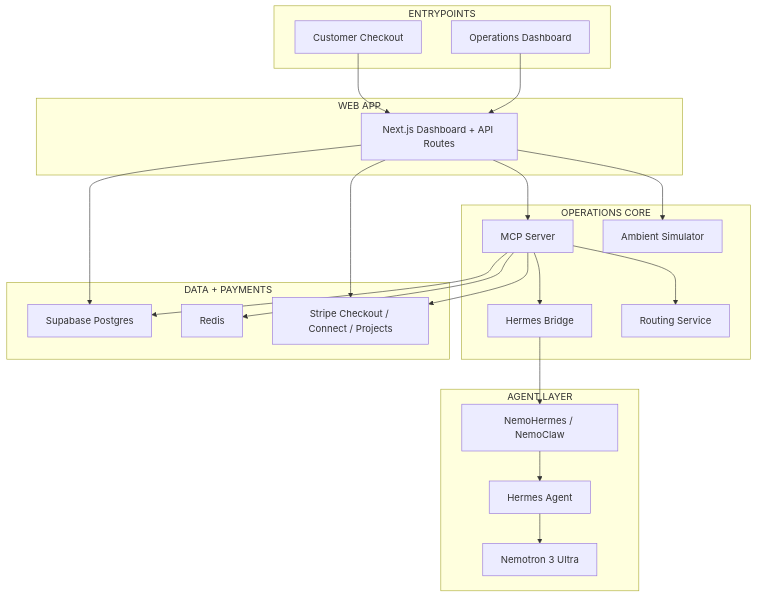
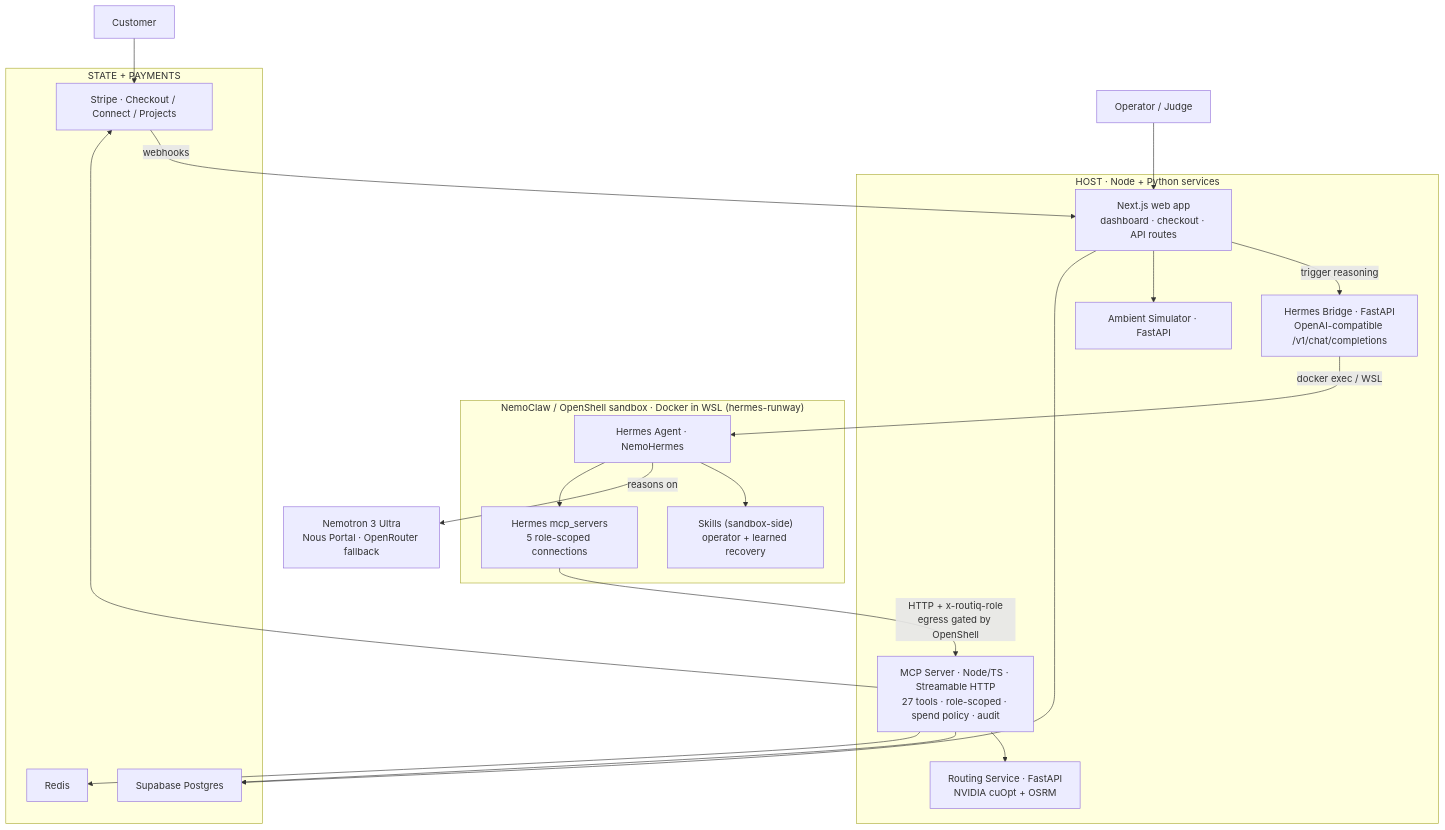
One commit to Snehal707/HermesRoutiq changed the diagram in README.md. Above: the diagram before and after it, drawn with Mermaid. The commit also changed other lines of this file and 1 other file, not shown here.

Commit message:
docs: correct architecture — Hermes inside NemoClaw sandbox with outbound role-scoped MCP
Fixes diagrams to show the agent running inside the NemoClaw/OpenShell sandbox, reasoning on Nemotron 3 Ultra, and reaching the MCP server outbound via 5 role-scoped x-routiq-role connections (monitoring 3, routing 7, finance 4, operations 11, payment 2).

````diff
--- a/README.md
+++ b/README.md
@@ -73,48 +73,46 @@
 ```mermaid
 flowchart TB
-  subgraph users["ENTRYPOINTS"]
-    customer["Customer Checkout"]
-    operator["Operations Dashboard"]
+  customer["Customer"]
+  operator["Operator / Judge"]
+
+  subgraph host["HOST · Node + Python services"]
+    web["Next.js web app<br/>dashboard · checkout · API routes"]
+    bridge["Hermes Bridge · FastAPI<br/>OpenAI-compatible /v1/chat/completions"]
+    mcp["MCP Server · Node/TS · Streamable HTTP<br/>27 tools · role-scoped · spend policy · audit"]
+    route["Routing Service · FastAPI<br/>NVIDIA cuOpt + OSRM"]
+    sim["Ambient Simulator · FastAPI"]
   end
 
-  subgraph web["WEB APP"]
-    next["Next.js Dashboard + API Routes"]
+  subgraph sandbox["NemoClaw / OpenShell sandbox · Docker in WSL (hermes-runway)"]
+    hermes["Hermes Agent · NemoHermes"]
+    skills["Skills (sandbox-side)<br/>operator + learned recovery"]
+    mcpcfg["Hermes mcp_servers<br/>5 role-scoped connections"]
   end
 
-  subgraph core["OPERATIONS CORE"]
-    mcp["MCP Server"]
-    bridge["Hermes Bridge"]
-    sim["Ambient Simulator"]
-    route["Routing Service"]
+  nemotron["Nemotron 3 Ultra<br/>Nous Portal · OpenRouter fallback"]
+
+  subgraph infra["STATE + PAYMENTS"]
+    supabase["Supabase Postgres"]
+    redis["Redis"]
+    stripe["Stripe · Checkout / Connect / Projects"]
   end
 
-  subgraph agent["AGENT LAYER"]
-    hermes["Hermes Agent"]
-    sandbox["NemoHermes / NemoClaw"]
-    model["Nemotron 3 Ultra"]
-  end
+  customer --> stripe
+  operator --> web
+  stripe -->|webhooks| web
 
-  subgraph infra["DATA + PAYMENTS"]
-    supabase["Supabase Postgres"]
-    redis["Redis"]
-    stripe["Stripe Checkout / Connect / Projects"]
-  end
+  web -->|trigger reasoning| bridge
+  bridge -->|docker exec / WSL| hermes
+  hermes --> skills
+  hermes -->|reasons on| nemotron
+  hermes --> mcpcfg
+  mcpcfg -->|"HTTP + x-routiq-role<br/>egress gated by OpenShell"| mcp
 
-  customer --> next
-  operator --> next
+  web --> sim
+  web --> supabase
 
-  next --> mcp
-  next --> sim
-  next --> stripe
-  next --> supabase
-
-  mcp --> bridge
   mcp --> route
   mcp --> supabase
   mcp --> redis
   mcp --> stripe
-
-  bridge --> sandbox
-  sandbox --> hermes
-  hermes --> model
 ```
````
